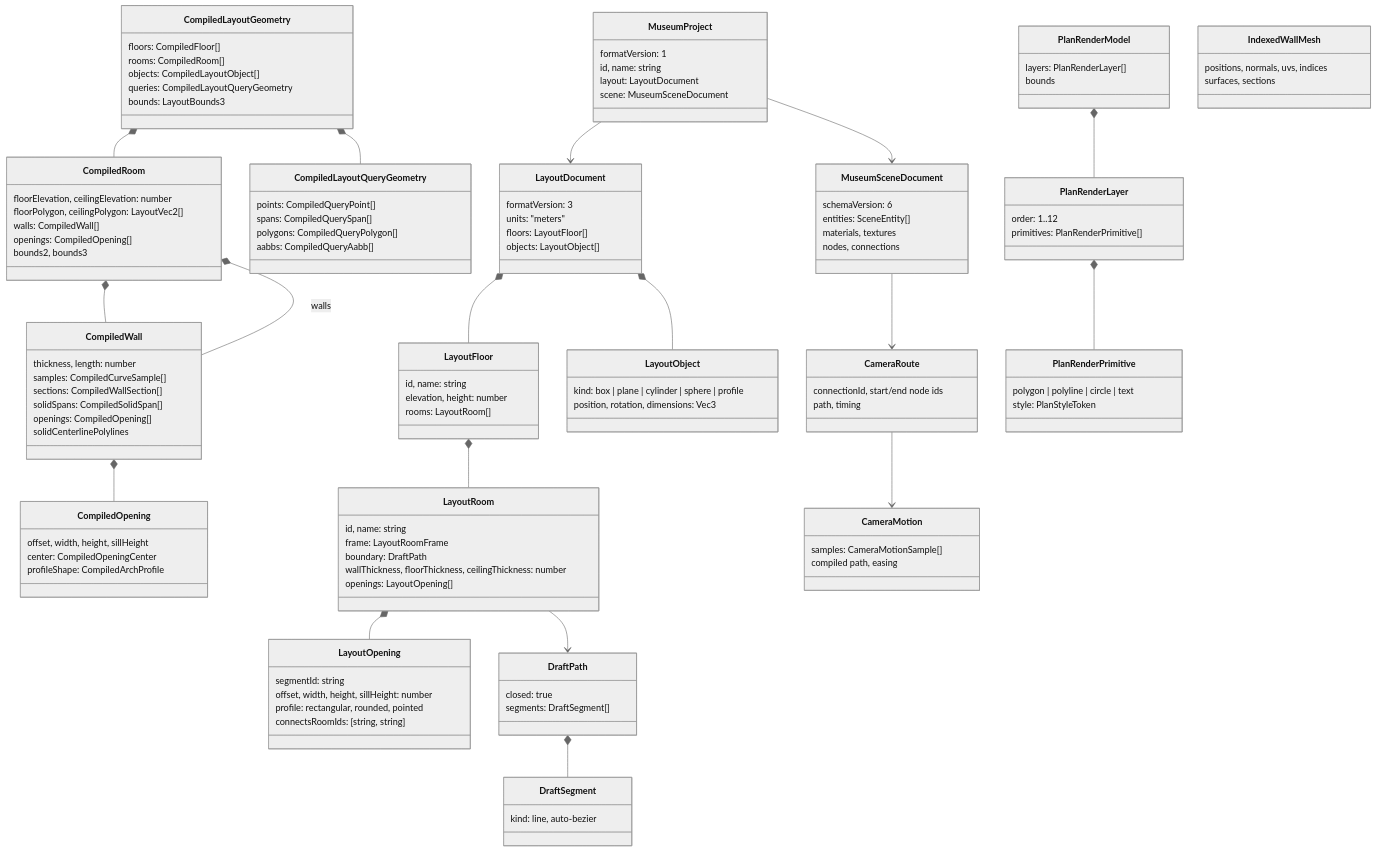
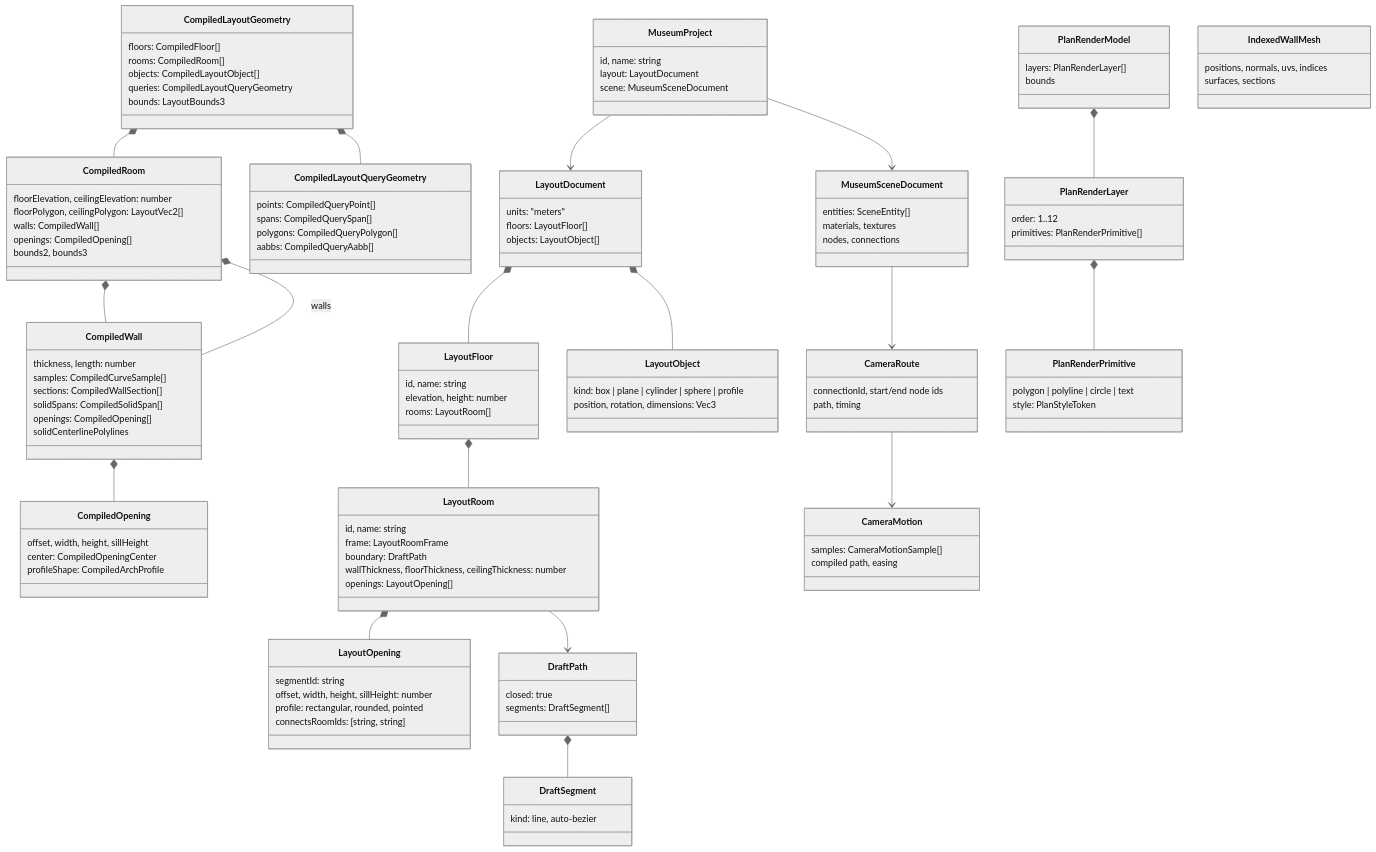
Before and after one commit to toni8699/Museum: the fourth of 4 diagrams in diagrams/architecture.md, drawn with Mermaid (neutral theme). The commit also changed other lines of this file and 51 other files, not shown here.

```diff
--- a/diagrams/architecture.md
+++ b/diagrams/architecture.md
@@ -208,14 +197,12 @@
     direction TB
 
     class MuseumProject {
-        formatVersion: 1
         id, name: string
         layout: LayoutDocument
         scene: MuseumSceneDocument
     }
 
     class LayoutDocument {
-        formatVersion: 3
         units: "meters"
         floors: LayoutFloor[]
         objects: LayoutObject[]
@@ -302,7 +289,6 @@
     }
 
     class MuseumSceneDocument {
-        schemaVersion: 6
         entities: SceneEntity[]
         materials, textures
         nodes, connections
```
